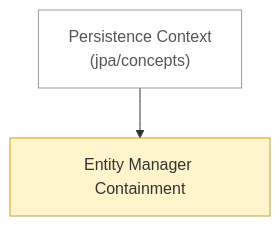
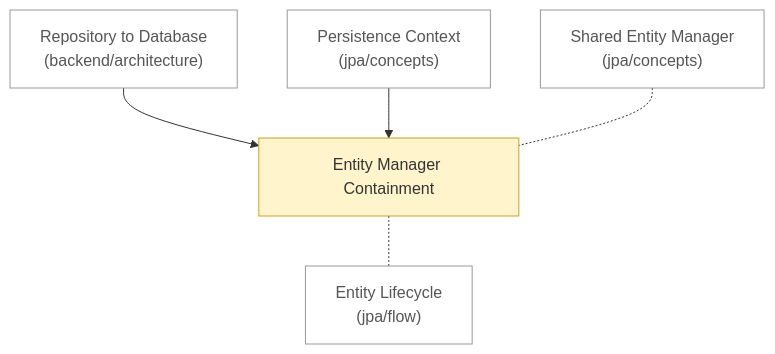
The diagram in notes/backend/jpa/architecture/README.md (Pizza-Mozzarella/self-learning), drawn with Mermaid before and after one commit. The commit also changed other lines of this file and 44 other files, not shown here.

````diff
--- a/notes/backend/jpa/architecture/README.md
+++ b/notes/backend/jpa/architecture/README.md
@@ -6,10 +6,16 @@
 ```mermaid
 flowchart TD
     n0["Entity Manager Containment"]:::draft
-    n1["Persistence Context<br/>(jpa/concepts)"]:::ext
+    n1["Repository to Database<br/>(backend/architecture)"]:::ext
+    n2["Persistence Context<br/>(jpa/concepts)"]:::ext
+    n3["Shared Entity Manager<br/>(jpa/concepts)"]:::ext
+    n4["Entity Lifecycle<br/>(jpa/flow)"]:::ext
     n1 --> n0
+    n0 -.- n4
+    n2 --> n0
+    n3 -.- n0
     classDef stub fill:#eeeeee,stroke:#999999,stroke-dasharray:4 3,color:#555555
     classDef draft fill:#fff4cc,stroke:#c9a227,color:#333333
     classDef ok fill:#d8f0dc,stroke:#3a9d5d,color:#222222
     classDef ext fill:#ffffff,stroke:#999999,color:#555555
 ```
````
